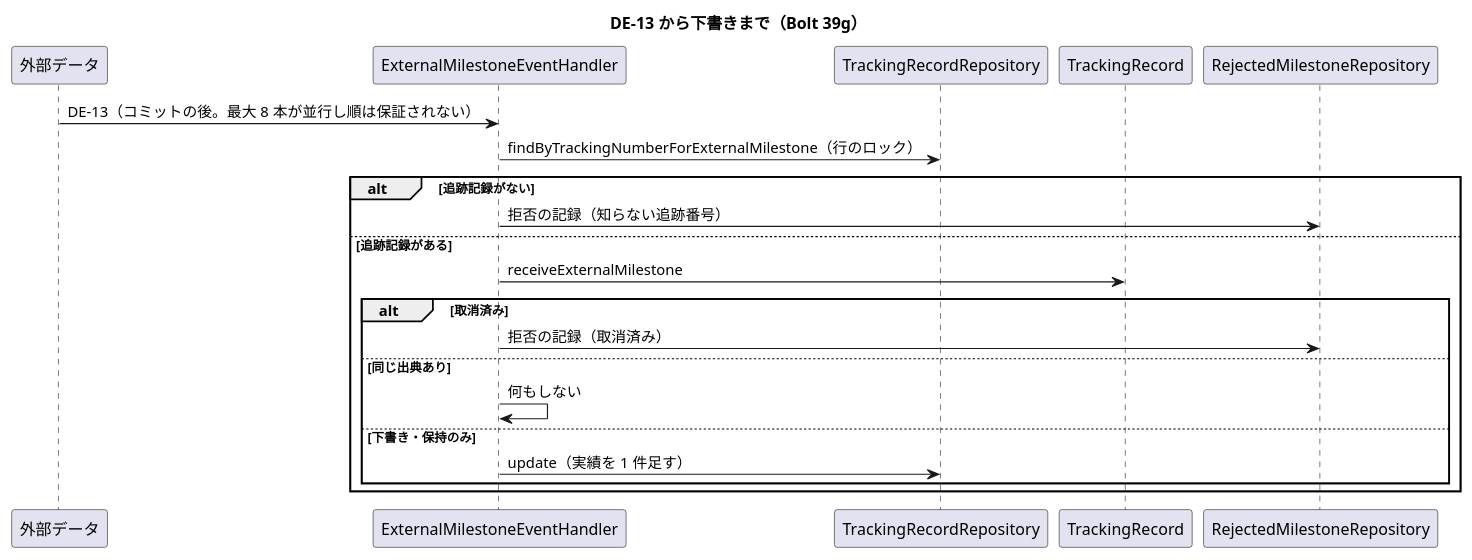
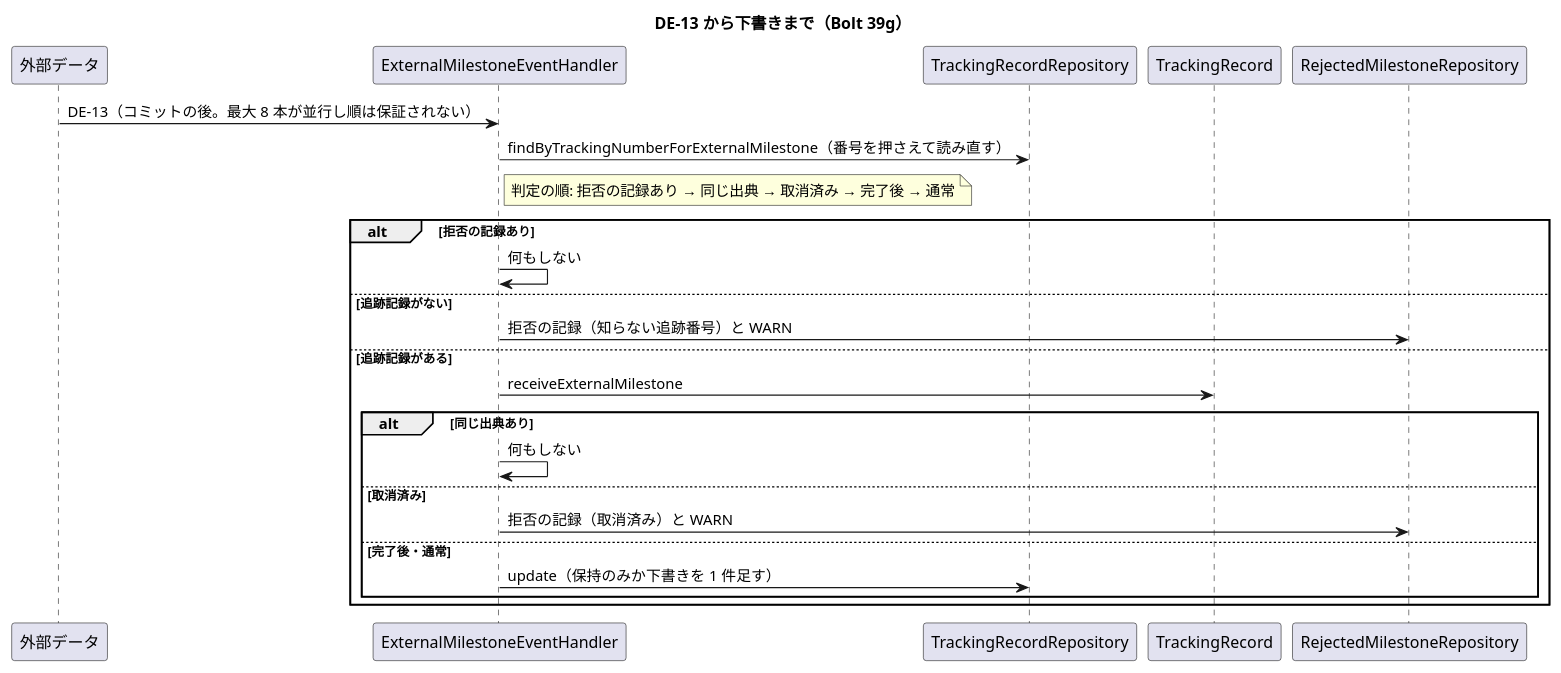
One commit to k2works/practical-domain-driven-design-in-enterpris-application changed the third of 5 diagrams in docs/development/cargo-tracker/bolt_39g_plan.md. Above: the diagram before and after it, drawn with PlantUML. The commit also changed other lines of this file and 1 other file, not shown here.

````diff
--- a/docs/development/cargo-tracker/bolt_39g_plan.md
+++ b/docs/development/cargo-tracker/bolt_39g_plan.md
@@ -318,24 +344,27 @@
 ```plantuml
 @startuml
 title DE-13 から下書きまで（Bolt 39g）
 participant "外部データ" as ext
 participant "ExternalMilestoneEventHandler" as h
 participant "TrackingRecordRepository" as repo
 participant "TrackingRecord" as tr
 participant "RejectedMilestoneRepository" as rej
 ext -> h : DE-13（コミットの後。最大 8 本が並行し順は保証されない）
-h -> repo : findByTrackingNumberForExternalMilestone（行のロック）
-alt 追跡記録がない
-  h -> rej : 拒否の記録（知らない追跡番号）
+h -> repo : findByTrackingNumberForExternalMilestone（番号を押さえて読み直す）
+note right of h : 判定の順: 拒否の記録あり → 同じ出典 → 取消済み → 完了後 → 通常
+alt 拒否の記録あり
+  h -> h : 何もしない
+else 追跡記録がない
+  h -> rej : 拒否の記録（知らない追跡番号）と WARN
 else 追跡記録がある
   h -> tr : receiveExternalMilestone
-  alt 取消済み
-    h -> rej : 拒否の記録（取消済み）
-  else 同じ出典あり
+  alt 同じ出典あり
     h -> h : 何もしない
-  else 下書き・保持のみ
-    h -> repo : update（実績を 1 件足す）
+  else 取消済み
+    h -> rej : 拒否の記録（取消済み）と WARN
+  else 完了後・通常
+    h -> repo : update（保持のみか下書きを 1 件足す）
   end
 end
 @enduml
 ```
````
